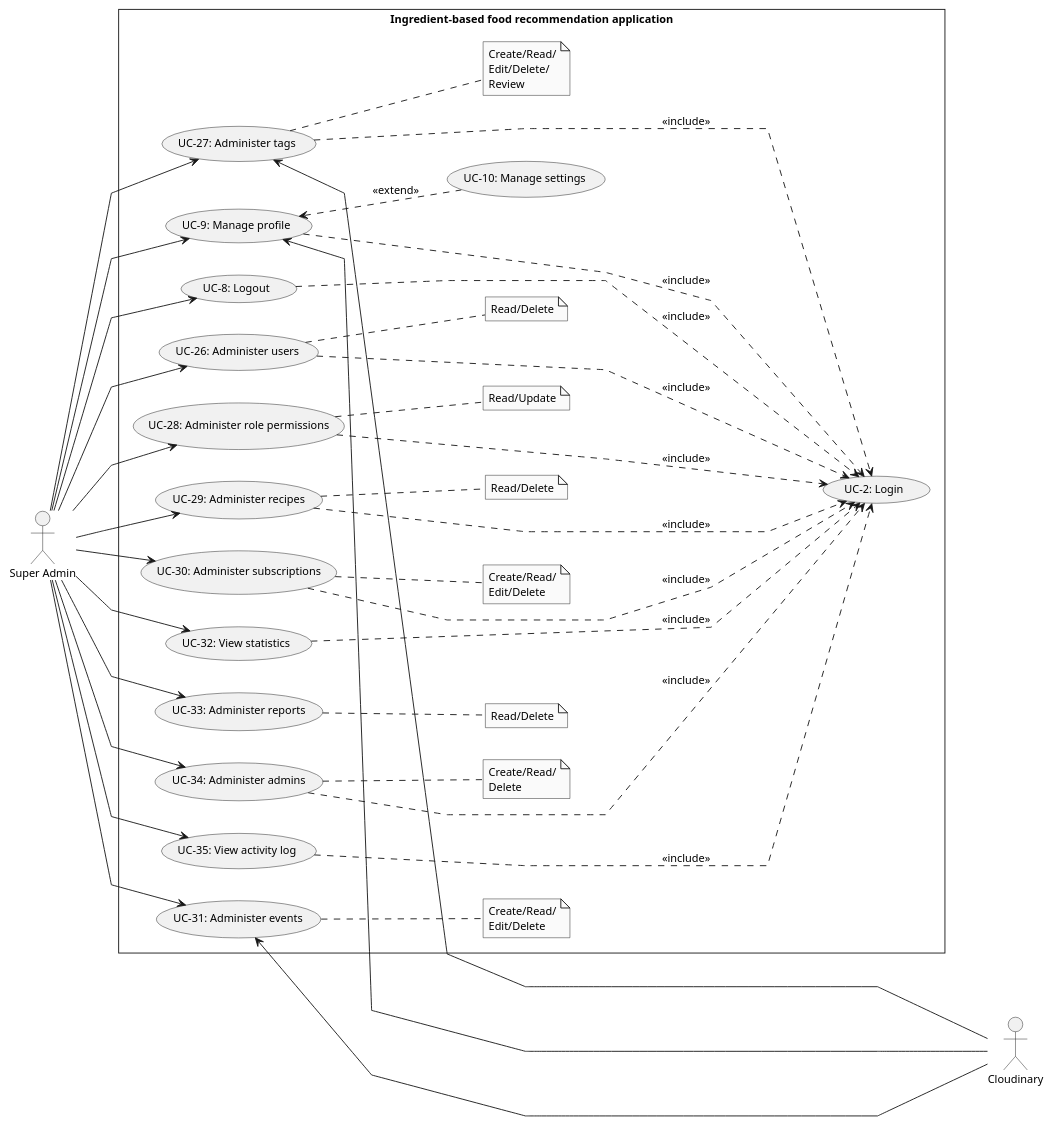
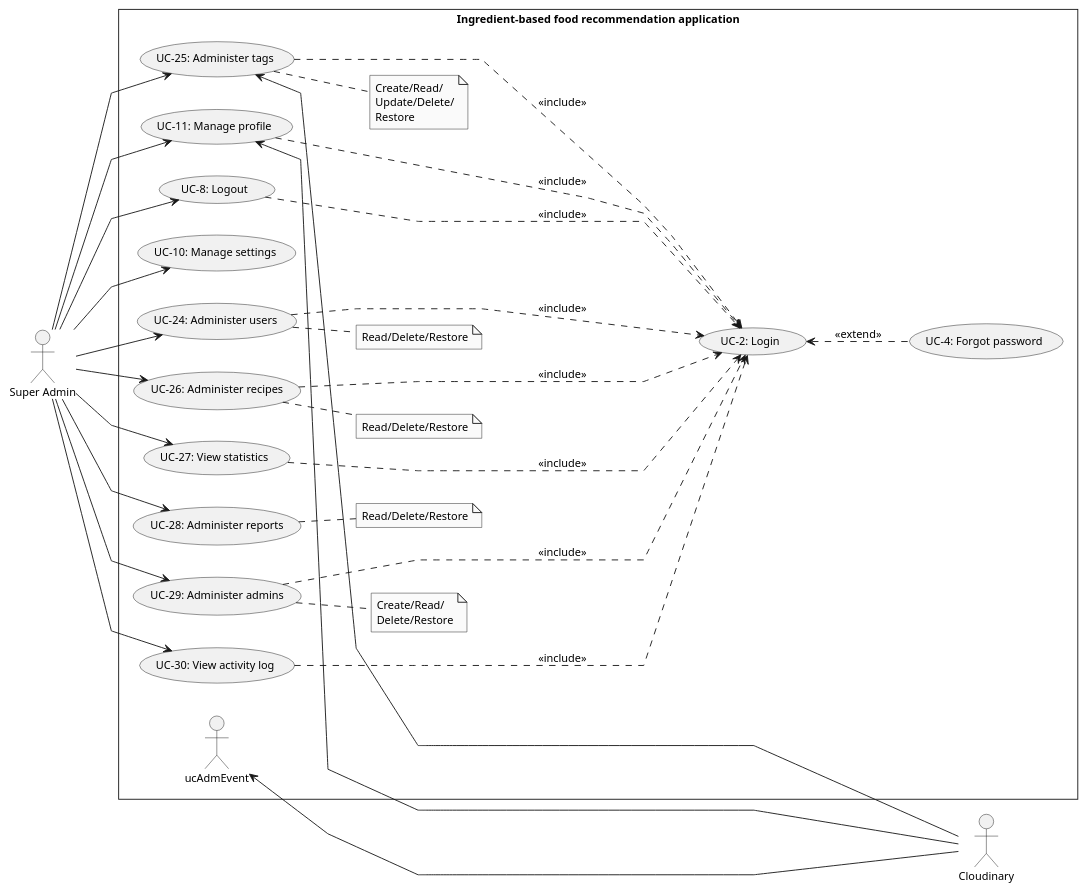
One commit to Carl-Johnsons/tastopia changed the diagram in doc/SRS/Usecase/SuperAdminUsecase/SuperAdminUsecase.plantuml. Above: the diagram before and after it, drawn with PlantUML. The commit also changed 6 other files, not shown here.

```diff
--- a/doc/SRS/Usecase/SuperAdminUsecase/SuperAdminUsecase.plantuml
+++ b/doc/SRS/Usecase/SuperAdminUsecase/SuperAdminUsecase.plantuml
@@ -1,74 +1,63 @@
 @startuml SuperAdminUsecase
 skinparam style strictuml
 skinparam monochrome true
 skinparam linetype polyline
 skinparam defaultFontSize 12
 left to right direction
 actor "Super Admin" as admin
 actor "Cloudinary" as cl
 
 rectangle Ingredient-based<U+0020>food<U+0020>recommendation<U+0020>application {
     usecase "UC-2: Login" as ucLogin
+    usecase "UC-4: Forgot password" as ucForgotPassword
     usecase "UC-8: Logout" as ucLogout
-    usecase "UC-9: Manage profile" as ucManageProfile
+    usecase "UC-11: Manage profile" as ucManageProfile
     usecase "UC-10: Manage settings" as ucManageSetting
 
-    usecase "UC-26: Administer users" as ucAdmUser
-    usecase "UC-27: Administer tags" as ucAdmTags
-    usecase "UC-28: Administer role permissions" as ucAdmRolePermis
-    usecase "UC-29: Administer recipes" as ucAdmRecipe
-    usecase "UC-30: Administer subscriptions" as ucAdmSubcript
-    usecase "UC-31: Administer events" as ucAdmEvent
-    usecase "UC-32: View statistics" as ucViewStatistic
-    usecase "UC-33: Administer reports" as ucAdmReport
-    usecase "UC-34: Administer admins" as ucAdmAdmin
-    usecase "UC-35: View activity log" as ucViewActivityLog
+    usecase "UC-24: Administer users" as ucAdmUser
+    usecase "UC-25: Administer tags" as ucAdmTags
+    usecase "UC-26: Administer recipes" as ucAdmRecipe
+    usecase "UC-27: View statistics" as ucViewStatistic
+    usecase "UC-28: Administer reports" as ucAdmReport
+    usecase "UC-29: Administer admins" as ucAdmAdmin
+    usecase "UC-30: View activity log" as ucViewActivityLog
 
-    note "Read/Delete" as noteAdmUser
-    note "Read/Delete" as noteAdmRecipe
-    note "Create/Read/\nEdit/Delete/\nReview" as noteAdmTag
-    note "Create/Read/\nEdit/Delete" as noteAdmSubcipt
-    note "Create/Read/\nEdit/Delete" as noteAdmEvent
-    note "Create/Read/\nDelete" as noteAdmAdmin
-    note "Read/Delete" as noteAdmReport
-    note "Read/Update" as noteAmdRolePermis
+    note "Read/Delete/Restore" as noteAdmUser
+    note "Read/Delete/Restore" as noteAdmRecipe
+    note "Create/Read/\nUpdate/Delete/\nRestore" as noteAdmTag
+    note "Create/Read/\nDelete/Restore" as noteAdmAdmin
+    note "Read/Delete/Restore" as noteAdmReport
 
     admin --> ucAdmUser
         ucAdmUser .. noteAdmUser
     admin --> ucAdmRecipe
         ucAdmRecipe .. noteAdmRecipe
     admin --> ucAdmReport
         ucAdmReport .. noteAdmReport
     admin --> ucAdmTags
         ucAdmTags .. noteAdmTag
-    admin --> ucAdmRolePermis
-        ucAdmRolePermis .. noteAmdRolePermis
-    admin --> ucAdmSubcript
-        ucAdmSubcript .. noteAdmSubcipt
-    admin --> ucAdmEvent
-        ucAdmEvent .. noteAdmEvent
     admin --> ucViewStatistic
     admin --> ucViewActivityLog
     admin --> ucManageProfile
-        ucManageProfile <.. ucManageSetting: <<extend>>
+    admin --> ucManageSetting
     admin --> ucLogout
     admin --> ucAdmAdmin
         ucAdmAdmin .. noteAdmAdmin
 
     ucLogout .....> ucLogin : <<include>>
     ucViewStatistic .....> ucLogin : <<include>>
     ucAdmUser .....> ucLogin : <<include>>
-    ucAdmRolePermis .....> ucLogin : <<include>>
     ucAdmRecipe .....> ucLogin : <<include>>
     ucAdmTags .....> ucLogin : <<include>>
-    ucAdmSubcript .....> ucLogin : <<include>>
     ucManageProfile .....> ucLogin : <<include>>
     ucViewActivityLog .....> ucLogin : <<include>>
     ucAdmAdmin .....> ucLogin : <<include>>
+
+    ucLogin <.. ucForgotPassword : <<extend>>
 
     cl --up---> ucManageProfile
     cl --up----> ucAdmEvent
     cl --up---> ucAdmTags
 }
 
 @enduml
```
